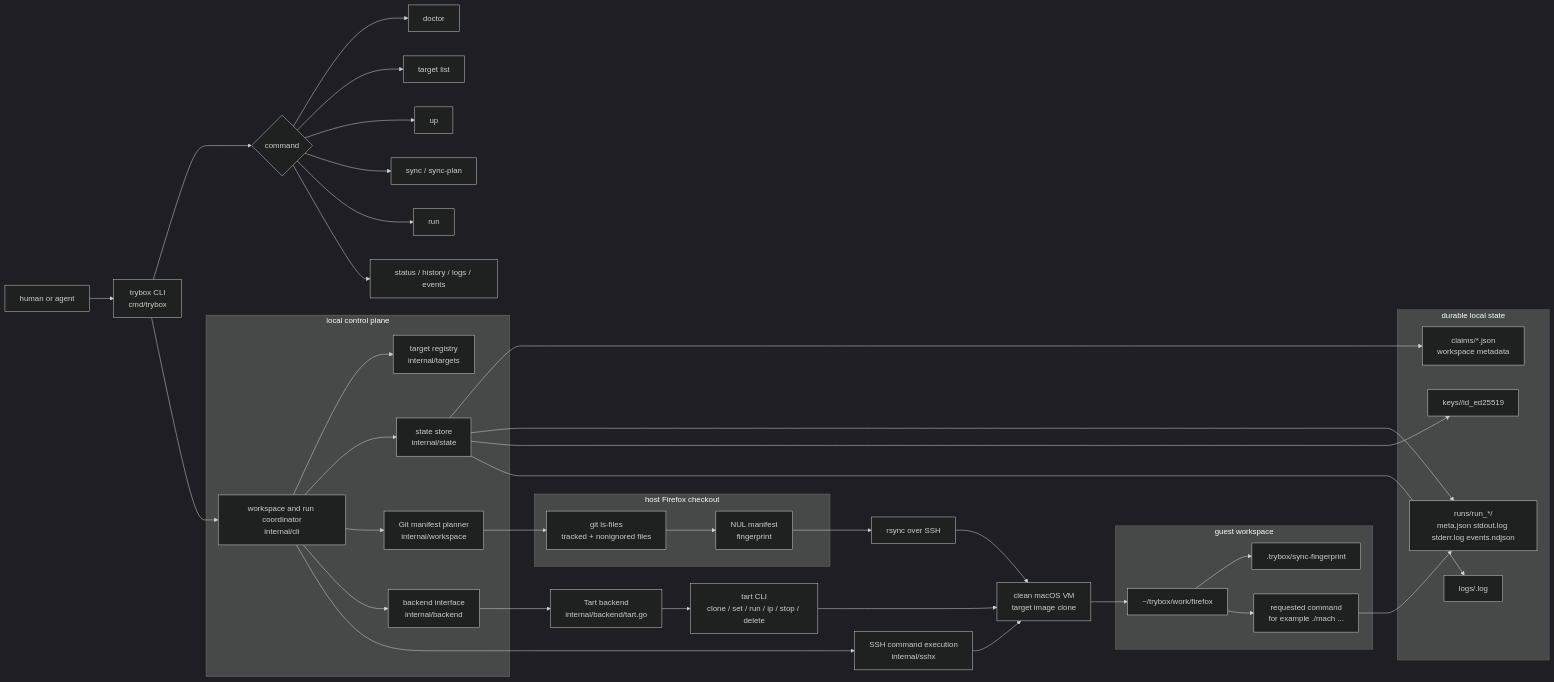
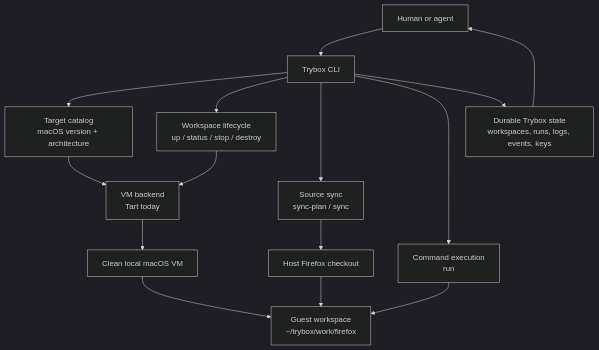
The diagram in docs/architecture.md (jwmossmoz/trybox), drawn with Mermaid (dark theme) before and after one commit. The commit also changed other lines of this file and 2 other files, not shown here.

Commit message:
Document Trybox image model

````diff
--- a/docs/architecture.md
+++ b/docs/architecture.md
@@ -48,66 +48,21 @@
 ```mermaid
-flowchart LR
-    actor["human or agent"] --> cli["trybox CLI<br/>cmd/trybox"]
+flowchart TD
+    user["Human or agent"] --> cli["Trybox CLI"]
 
-    cli --> commands{"command"}
-    commands --> doctor["doctor"]
-    commands --> targetsCmd["target list"]
-    commands --> up["up"]
-    commands --> syncCmd["sync / sync-plan"]
-    commands --> runCmd["run"]
-    commands --> inspect["status / history / logs / events"]
+    cli --> targets["Target catalog<br/>macOS version + architecture"]
+    cli --> lifecycle["Workspace lifecycle<br/>up / status / stop / destroy"]
+    cli --> sync["Source sync<br/>sync-plan / sync"]
+    cli --> run["Command execution<br/>run"]
 
-    subgraph control["local control plane"]
-        registry["target registry<br/>internal/targets"]
-        coordinator["workspace and run coordinator<br/>internal/cli"]
-        store["state store<br/>internal/state"]
-        planner["Git manifest planner<br/>internal/workspace"]
-        backendAPI["backend interface<br/>internal/backend"]
-    end
+    targets --> backend["VM backend<br/>Tart today"]
+    lifecycle --> backend
+    backend --> vm["Clean local macOS VM"]
 
-    cli --> coordinator
-    coordinator --> registry
-    coordinator --> store
-    coordinator --> planner
-    coordinator --> backendAPI
+    sync --> checkout["Host Firefox checkout"]
+    checkout --> workspace["Guest workspace<br/>~/trybox/work/firefox"]
+    vm --> workspace
+    run --> workspace
 
-    subgraph state["durable local state"]
-        claims["claims/*.json<br/>workspace metadata"]
-        runs["runs/run_*/<br/>meta.json stdout.log stderr.log events.ndjson"]
-        keys["keys/<claim>/id_ed25519"]
-        vmLogs["logs/<vm>.log"]
-    end
-
-    store --> claims
-    store --> runs
-    store --> keys
-    store --> vmLogs
-
-    subgraph source["host Firefox checkout"]
-        git["git ls-files<br/>tracked + nonignored files"]
-        manifest["NUL manifest<br/>fingerprint"]
-    end
-
-    planner --> git
-    git --> manifest
-    manifest --> rsync["rsync over SSH"]
-
-    backendAPI --> tart["Tart backend<br/>internal/backend/tart.go"]
-    tart --> tartCLI["tart CLI<br/>clone / set / run / ip / stop / delete"]
-    tartCLI --> vm["clean macOS VM<br/>target image clone"]
-
-    coordinator --> sshExec["SSH command execution<br/>internal/sshx"]
-    sshExec --> vm
-    rsync --> vm
-
-    subgraph guest["guest workspace"]
-        workdir["~/trybox/work/firefox"]
-        fingerprint[".trybox/sync-fingerprint"]
-        command["requested command<br/>for example ./mach ..."]
-    end
-
-    vm --> workdir
-    workdir --> fingerprint
-    workdir --> command
-    command --> runs
+    cli --> state["Durable Trybox state<br/>workspaces, runs, logs, events, keys"]
+    state --> user
 ```
````
